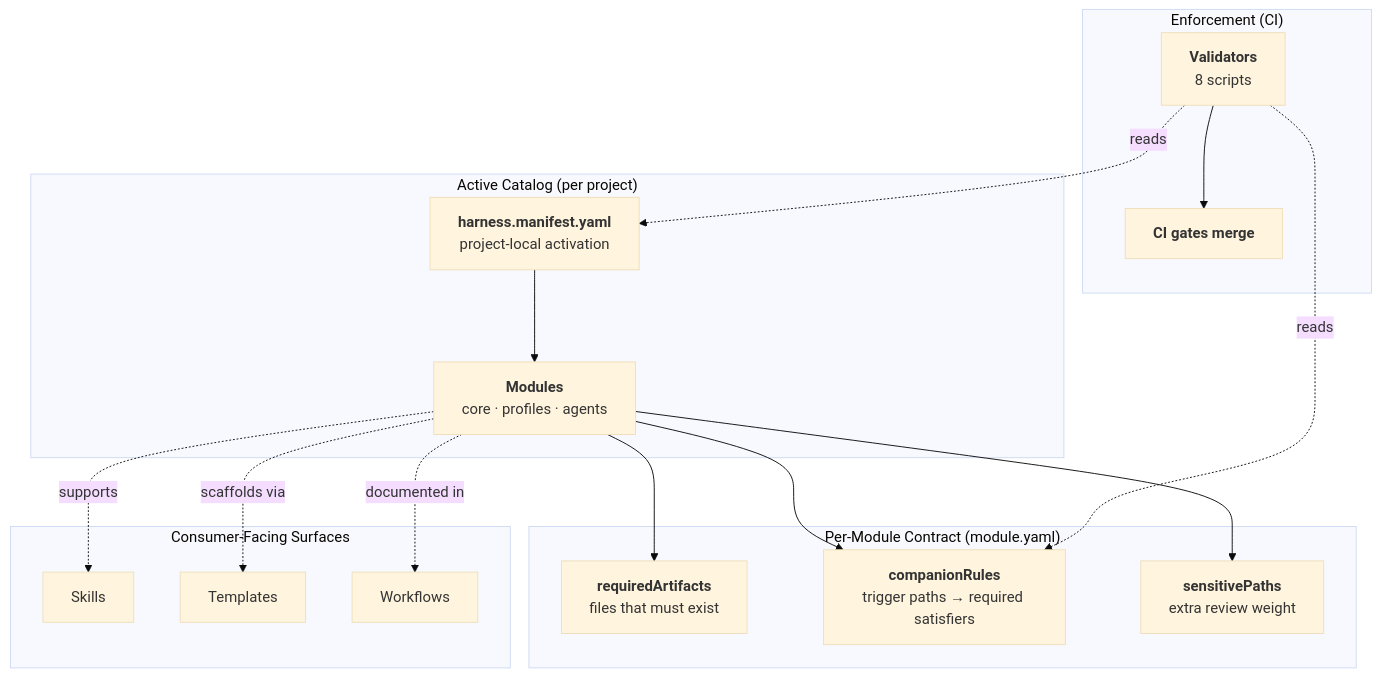
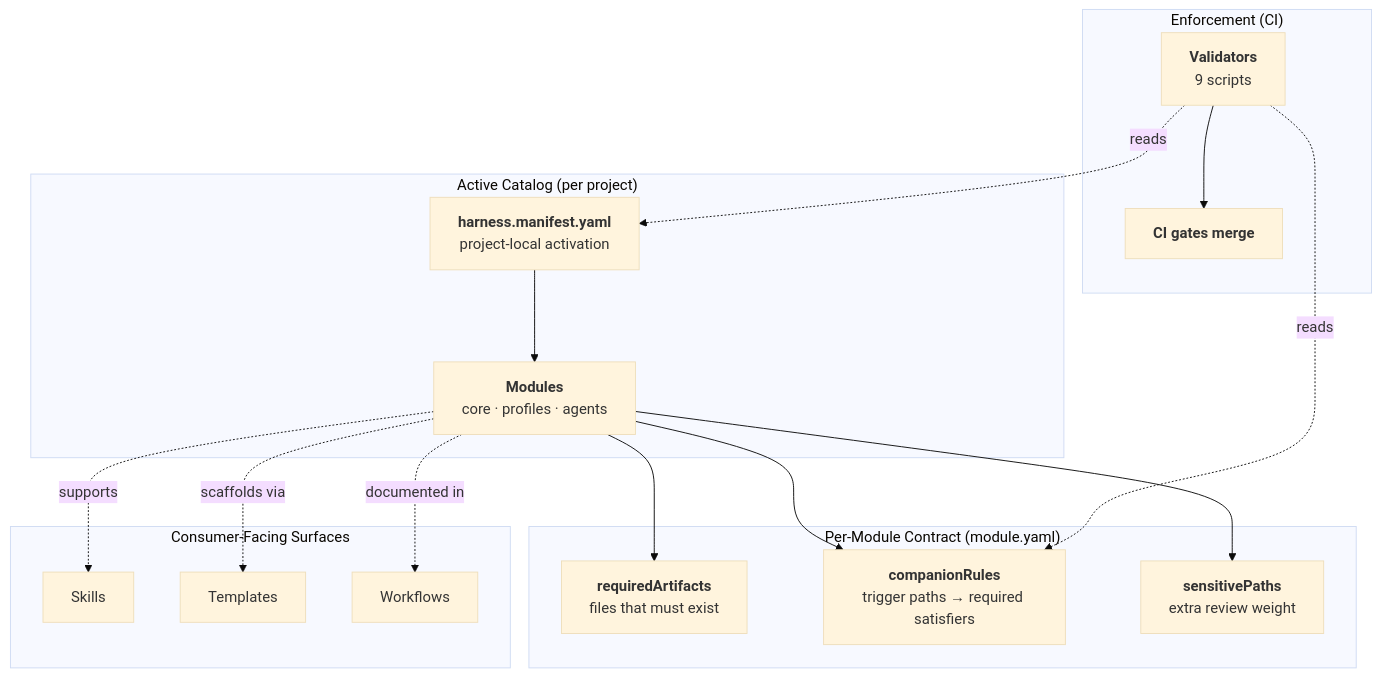
The diagram in README.md (unclenate/auto-harness), drawn with Mermaid (base theme) before and after one commit. The commit also changed other lines of this file and 14 other files, not shown here.

````diff
--- a/README.md
+++ b/README.md
@@ -130,31 +130,31 @@
 ```mermaid
 flowchart TD
     Manifest["<b>harness.manifest.yaml</b><br/>project-local activation"]
 
     subgraph CATALOG["Active Catalog (per project)"]
         Manifest --> Modules["<b>Modules</b><br/>core · profiles · agents"]
     end
 
     subgraph CONTRACT["Per-Module Contract (module.yaml)"]
         Modules --> Required["<b>requiredArtifacts</b><br/>files that must exist"]
         Modules --> Companions["<b>companionRules</b><br/>trigger paths → required satisfiers"]
         Modules --> Sensitive["<b>sensitivePaths</b><br/>extra review weight"]
     end
 
     subgraph ENFORCE["Enforcement (CI)"]
-        Validators["<b>Validators</b><br/>8 scripts"]
+        Validators["<b>Validators</b><br/>9 scripts"]
         Validators -.reads.-> Manifest
         Validators -.reads.-> Companions
         Validators --> CIGate["<b>CI gates merge</b>"]
     end
 
     subgraph SURFACE["Consumer-Facing Surfaces"]
         Skills["Skills"]
         Templates["Templates"]
         Workflows["Workflows"]
     end
 
     Modules -.supports.-> Skills
     Modules -.scaffolds via.-> Templates
     Modules -.documented in.-> Workflows
 ```
````
